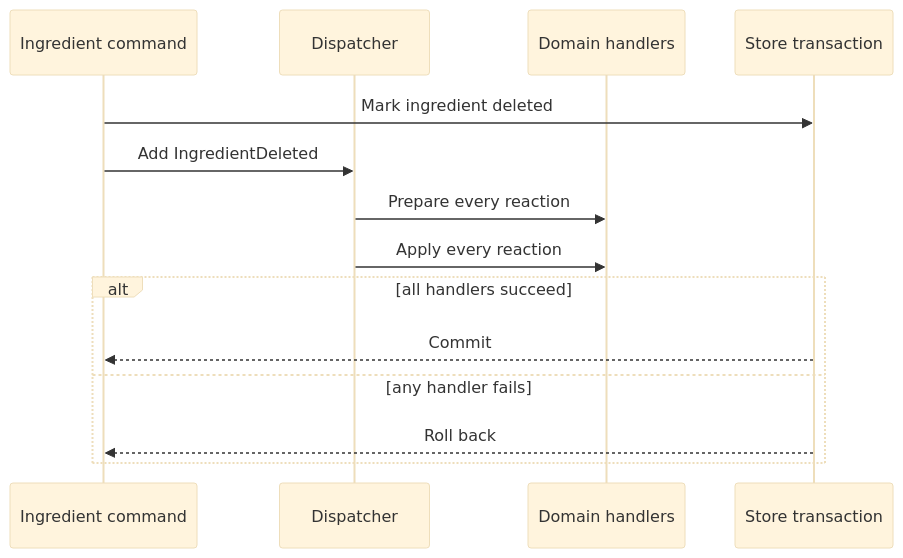
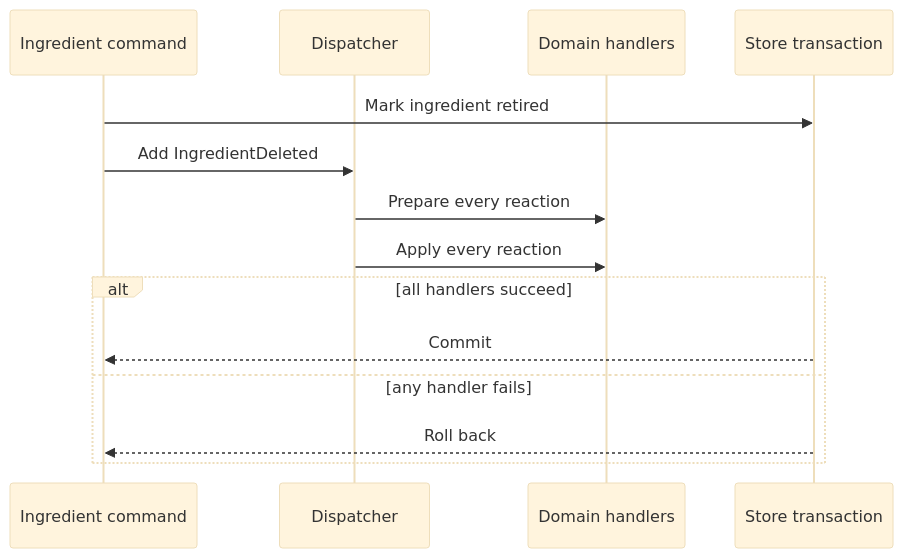
The second of 2 diagrams in _guides/turning-cross-domain-calls-into-enforced-boundaries.md (TheFellow/TheFellow.github.io), drawn with Mermaid (base theme) before and after one commit. The commit also changed other lines of this file and 5 other files, not shown here.

````diff
--- a/_guides/turning-cross-domain-calls-into-enforced-boundaries.md
+++ b/_guides/turning-cross-domain-calls-into-enforced-boundaries.md
@@ -102,17 +106,17 @@
 ```mermaid
 sequenceDiagram
     participant C as Ingredient command
     participant D as Dispatcher
     participant H as Domain handlers
     participant S as Store transaction
 
-    C->>S: Mark ingredient deleted
+    C->>S: Mark ingredient retired
     C->>D: Add IngredientDeleted
     D->>H: Prepare every reaction
     D->>H: Apply every reaction
     alt all handlers succeed
         S-->>C: Commit
     else any handler fails
         S-->>C: Roll back
     end
 ```
````
